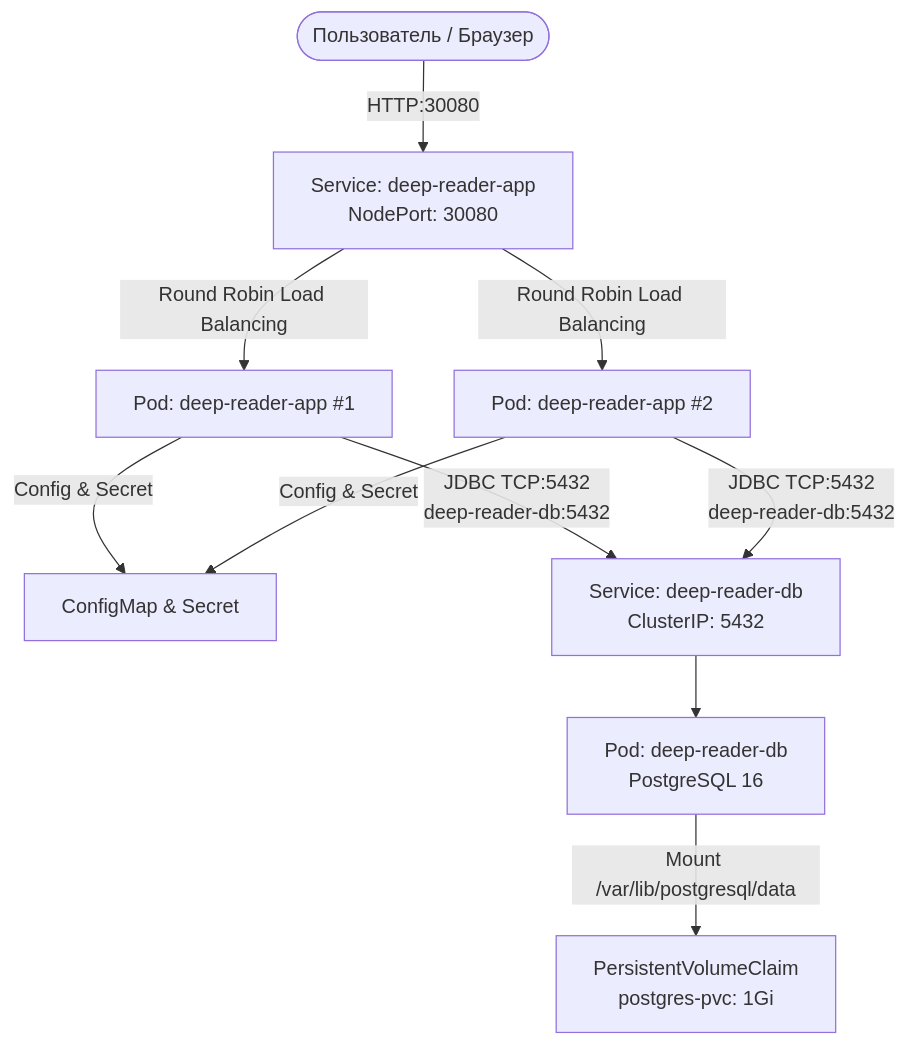
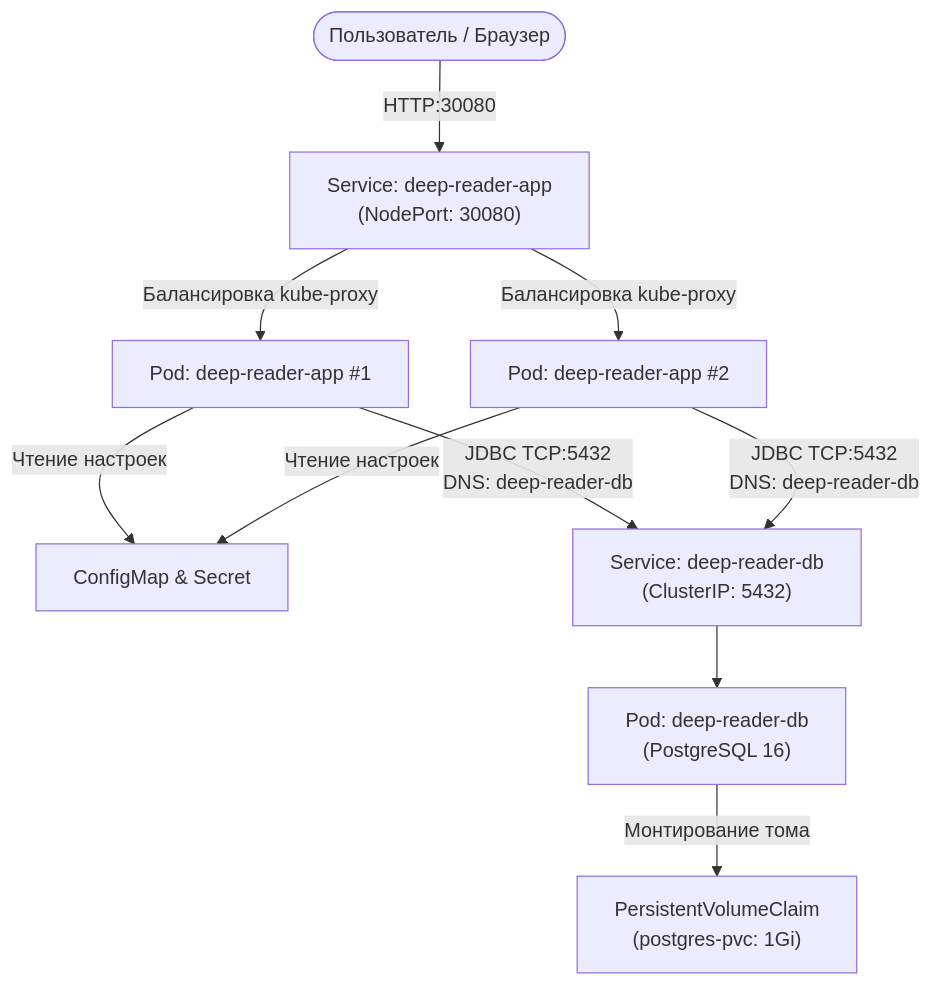
One commit to TheFourPixels/deep-reader-backend changed the first of 2 diagrams in Отчёт.md. Above: the diagram before and after it, drawn with Mermaid. The commit also changed other lines of this file and 24 other files, not shown here.

````diff
--- a/Отчёт.md
+++ b/Отчёт.md
@@ -56,15 +111,15 @@
 ```mermaid
 flowchart TD
-    User([Пользователь / Браузер]) -->|HTTP:30080| AppService[Service: deep-reader-app\nNodePort: 30080]
-    AppService -->|Round Robin Load Balancing| AppPod1[Pod: deep-reader-app #1]
-    AppService -->|Round Robin Load Balancing| AppPod2[Pod: deep-reader-app #2]
+    User(["Пользователь / Браузер"]) -->|HTTP:30080| AppService["Service: deep-reader-app<br/>(NodePort: 30080)"]
+    AppService -->|Балансировка kube-proxy| AppPod1["Pod: deep-reader-app #1"]
+    AppService -->|Балансировка kube-proxy| AppPod2["Pod: deep-reader-app #2"]
     
-    AppPod1 -->|Config & Secret| CM[ConfigMap & Secret]
-    AppPod2 -->|Config & Secret| CM
+    AppPod1 -->|Чтение настроек| CM["ConfigMap & Secret"]
+    AppPod2 -->|Чтение настроек| CM
     
-    AppPod1 -->|JDBC TCP:5432\ndeep-reader-db:5432| DBService[Service: deep-reader-db\nClusterIP: 5432]
-    AppPod2 -->|JDBC TCP:5432\ndeep-reader-db:5432| DBService
+    AppPod1 -->|JDBC TCP:5432<br/>DNS: deep-reader-db| DBService["Service: deep-reader-db<br/>(ClusterIP: 5432)"]
+    AppPod2 -->|JDBC TCP:5432<br/>DNS: deep-reader-db| DBService
     
-    DBService --> DBPod[Pod: deep-reader-db\nPostgreSQL 16]
-    DBPod -->|Mount /var/lib/postgresql/data| PVC[PersistentVolumeClaim\npostgres-pvc: 1Gi]
+    DBService --> DBPod["Pod: deep-reader-db<br/>(PostgreSQL 16)"]
+    DBPod -->|Монтирование тома| PVC["PersistentVolumeClaim<br/>(postgres-pvc: 1Gi)"]
 ```
````
